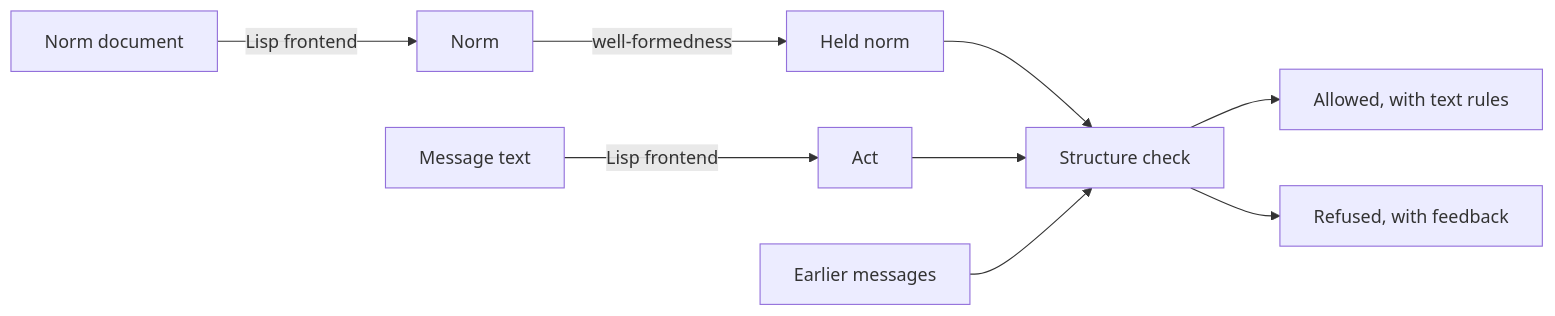
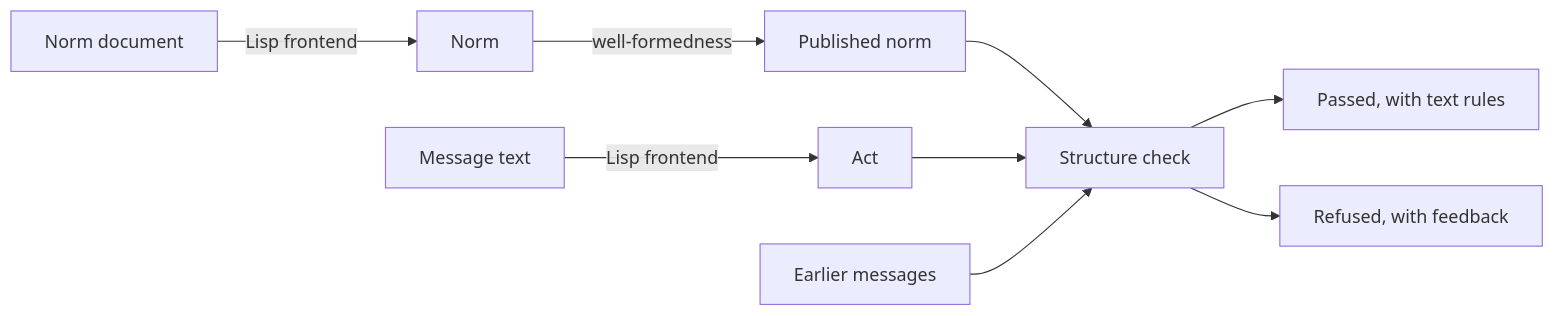
The diagram in docs/reference/spec/norms/norms.md (chughtapan/social-harness), drawn with Mermaid before and after one commit. The commit also changed other lines of this file and 38 other files, not shown here.

````diff
--- a/docs/reference/spec/norms/norms.md
+++ b/docs/reference/spec/norms/norms.md
@@ -21,11 +21,11 @@
 ```mermaid
 flowchart LR
     document[Norm document] -- Lisp frontend --> norm[Norm]
-    norm -- well-formedness --> held[Held norm]
+    norm -- well-formedness --> published[Published norm]
     text[Message text] -- Lisp frontend --> act[Act]
-    held --> check[Structure check]
+    published --> check[Structure check]
     act --> check
     conversation[Earlier messages] --> check
-    check --> allowed[Allowed, with text rules]
+    check --> passed[Passed, with text rules]
     check --> refused[Refused, with feedback]
 ```
````
